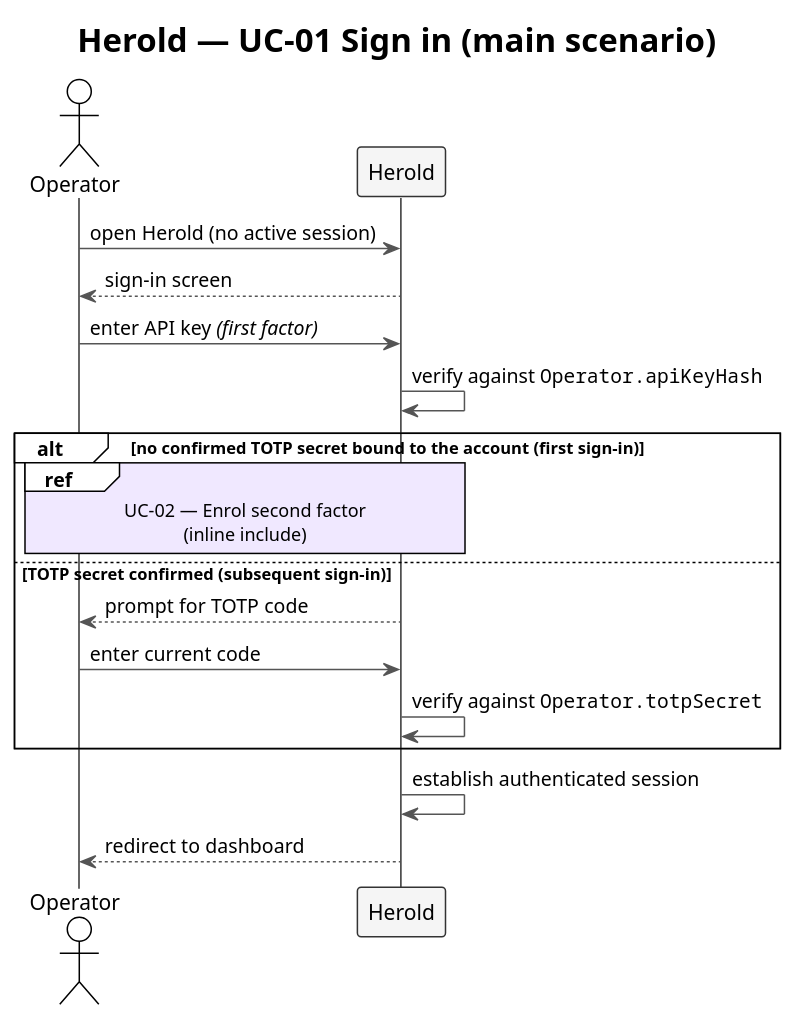
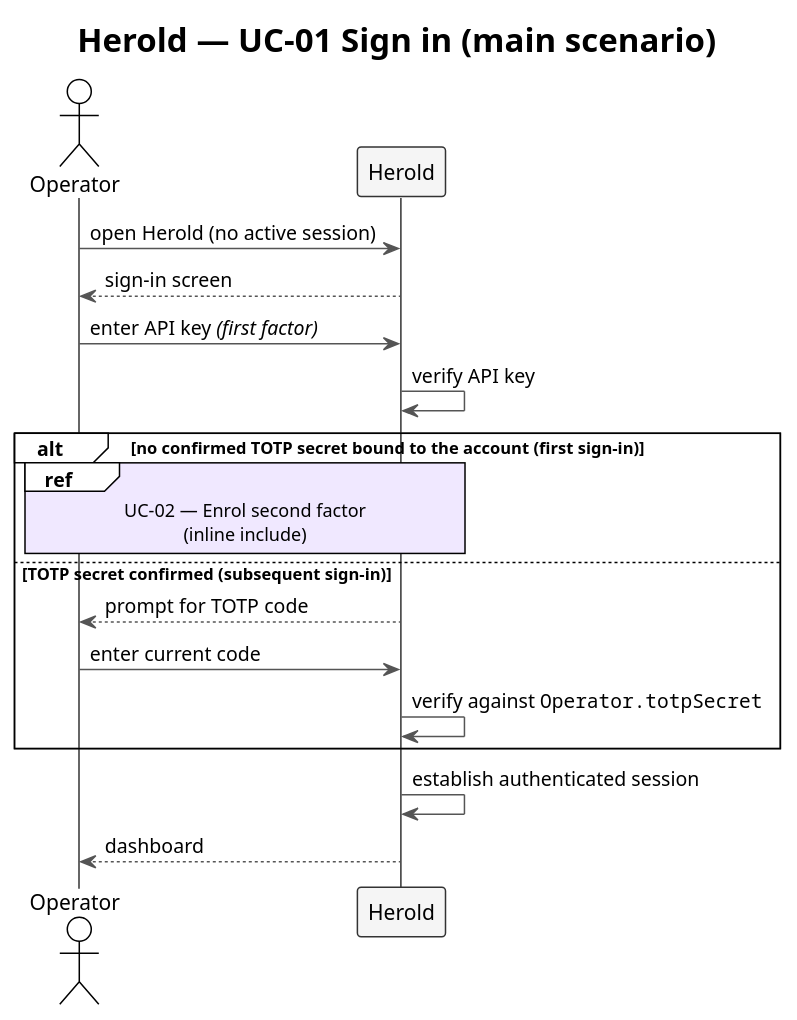
The diagram in docs/spec/diagrams/f2-uc01-sign-in.plantuml (carstenlucke/herold), drawn with PlantUML before and after one commit. The commit also changed 6 other files, not shown here.

```diff
--- a/docs/spec/diagrams/f2-uc01-sign-in.plantuml
+++ b/docs/spec/diagrams/f2-uc01-sign-in.plantuml
@@ -1,33 +1,33 @@
 @startuml f2-uc01-sign-in
 !theme plain
 skinparam shadowing false
 skinparam ArrowColor #555555
 skinparam SequenceLifeLineBorderColor #333333
 skinparam SequenceParticipantBorderColor #333333
 skinparam SequenceParticipantBackgroundColor #F5F5F5
 skinparam SequenceReferenceBackgroundColor #F0E8FF
 skinparam SequenceGroupBodyBackgroundColor transparent
 
 title Herold — UC-01 Sign in (main scenario)
 
 actor    "Operator" as OP
 participant "Herold"  as SYS
 
 OP  ->  SYS : open Herold (no active session)
 SYS --> OP  : sign-in screen
 
 OP  ->  SYS : enter API key //(first factor)//
-SYS ->  SYS : verify against ""Operator.apiKeyHash""
+SYS ->  SYS : verify API key
 
 alt no confirmed TOTP secret bound to the account (first sign-in)
   ref over OP, SYS : UC-02 — Enrol second factor\n(inline include)
 else TOTP secret confirmed (subsequent sign-in)
   SYS --> OP  : prompt for TOTP code
   OP  ->  SYS : enter current code
   SYS ->  SYS : verify against ""Operator.totpSecret""
 end
 
 SYS ->  SYS : establish authenticated session
-SYS --> OP  : redirect to dashboard
+SYS --> OP  : dashboard
 
 @enduml
```
